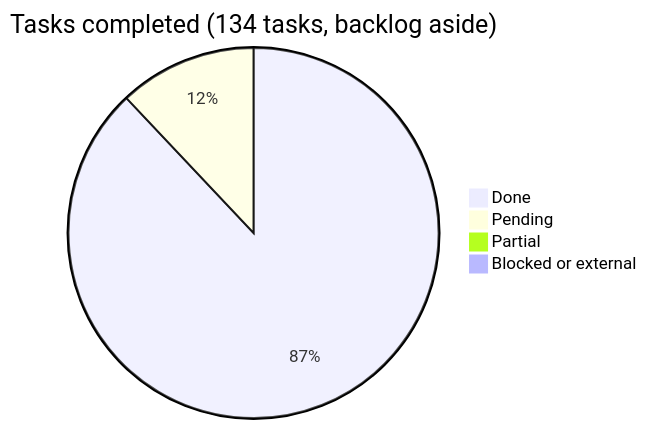
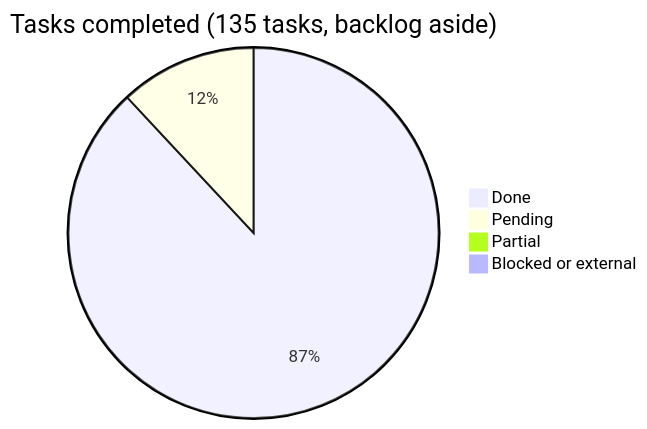
Before and after one commit to araguaney-lat/araguaney-app: the diagram in docs/roadmap/README.md, drawn with Mermaid. The commit also changed other lines of this file and 4 other files, not shown here.

````diff
--- a/docs/roadmap/README.md
+++ b/docs/roadmap/README.md
@@ -29,7 +29,7 @@
 ```mermaid
-pie title Tasks completed (134 tasks, backlog aside)
-    "Done" : 117
+pie title Tasks completed (135 tasks, backlog aside)
+    "Done" : 118
     "Pending" : 16
     "Partial" : 1
     "Blocked or external" : 0
 ```
````
